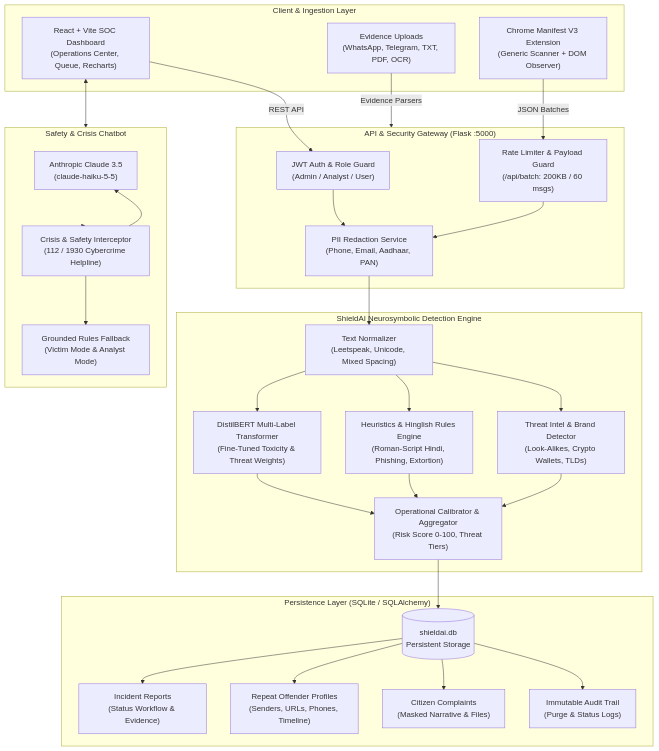
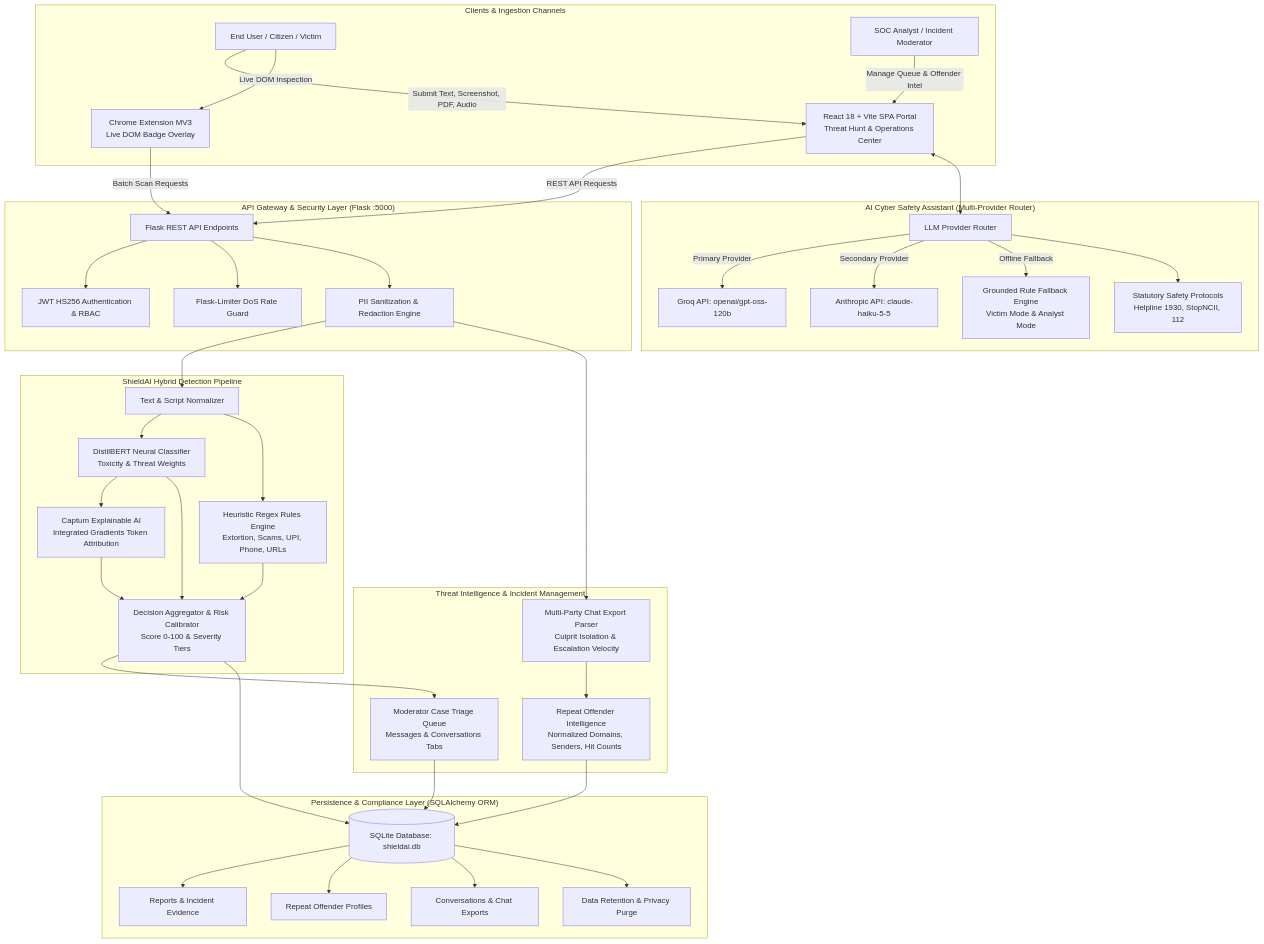
Before and after one commit to JayanthC6/online-harassment-detection: the diagram in README.md, drawn with Mermaid. The commit also changed other lines of this file and 6 other files, not shown here.

Commit message:
docs: add master viva defense guide, modernize architecture and ER diagrams, and update README

````diff
--- a/README.md
+++ b/README.md
@@ -90,63 +120,84 @@
 ```mermaid
 flowchart TD
-    subgraph Client_Layer["Client & Ingestion Layer"]
-        EXT["Chrome Manifest V3 Extension\n(Generic Scanner + DOM Observer)"]
-        WEB["React + Vite SOC Dashboard\n(Operations Center, Queue, Recharts)"]
-        FILE["Evidence Uploads\n(WhatsApp, Telegram, TXT, PDF, OCR)"]
+    subgraph Clients["Clients & Ingestion Channels"]
+        User[End User / Citizen / Victim]
+        Admin[SOC Analyst / Incident Moderator]
+        ChromeExt[Chrome Extension MV3<br/>Live DOM Badge Overlay]
+        WebUI[React 18 + Vite SPA Portal<br/>Threat Hunt & Operations Center]
     end
 
-    subgraph API_Layer["API & Security Gateway (Flask :5000)"]
-        AUTH["JWT Auth & Role Guard\n(Admin / Analyst / User)"]
-        RATE["Rate Limiter & Payload Guard\n(/api/batch: 200KB / 60 msgs)"]
-        PII["PII Redaction Service\n(Phone, Email, Aadhaar, PAN)"]
+    subgraph BackendGateway["API Gateway & Security Layer (Flask :5000)"]
+        API[Flask REST API Endpoints]
+        Auth[JWT HS256 Authentication & RBAC]
+        Limiter[Flask-Limiter DoS Rate Guard]
+        PIIMask[PII Sanitization & Redaction Engine]
     end
 
-    subgraph Detection_Engine["ShieldAI Neurosymbolic Detection Engine"]
-        NORM["Text Normalizer\n(Leetspeak, Unicode, Mixed Spacing)"]
-        MODEL["DistilBERT Multi-Label Transformer\n(Fine-Tuned Toxicity & Threat Weights)"]
-        HEUR["Heuristics & Hinglish Rules Engine\n(Roman-Script Hindi, Phishing, Extortion)"]
-        INTEL["Threat Intel & Brand Detector\n(Look-Alikes, Crypto Wallets, TLDs)"]
-        CALIB["Operational Calibrator & Aggregator\n(Risk Score 0-100, Threat Tiers)"]
+    subgraph NeurosymbolicPipeline["ShieldAI Hybrid Detection Pipeline"]
+        TextNorm[Text & Script Normalizer]
+        DistilBERT[DistilBERT Neural Classifier<br/>Toxicity & Threat Weights]
+        Heuristics[Heuristic Regex Rules Engine<br/>Extortion, Scams, UPI, Phone, URLs]
+        CaptumXAI[Captum Explainable AI<br/>Integrated Gradients Token Attribution]
+        Fusion[Decision Aggregator & Risk Calibrator<br/>Score 0-100 & Severity Tiers]
     end
 
-    subgraph Storage_Layer["Persistence Layer (SQLite / SQLAlchemy)"]
-        DB[("shieldai.db\nPersistent Storage")]
-        REPORTS["Incident Reports\n(Status Workflow & Evidence)"]
-        OFFENDERS["Repeat Offender Profiles\n(Senders, URLs, Phones, Timeline)"]
-        COMPLAINTS["Citizen Complaints\n(Masked Narrative & Files)"]
-        AUDIT["Immutable Audit Trail\n(Purge & Status Logs)"]
+    subgraph IntelligenceCore["Threat Intelligence & Incident Management"]
+        ChatParser[Multi-Party Chat Export Parser<br/>Culprit Isolation & Escalation Velocity]
+        OffenderIntel[Repeat Offender Intelligence<br/>Normalized Domains, Senders, Hit Counts]
+        TriageQueue[Moderator Case Triage Queue<br/>Messages & Conversations Tabs]
     end
 
-    subgraph Assistant_Layer["Safety & Crisis Chatbot"]
-        CLAUDE["Anthropic Claude 3.5\n(claude-haiku-5-5)"]
-        OFFLINE["Grounded Rules Fallback\n(Victim Mode & Analyst Mode)"]
-        CRISIS["Crisis & Safety Interceptor\n(112 / 1930 Cybercrime Helpline)"]
+    subgraph SafetyAssistant["AI Cyber Safety Assistant (Multi-Provider Router)"]
+        Router[LLM Provider Router]
+        Groq[Groq API: openai/gpt-oss-120b]
+        Claude[Anthropic API: claude-haiku-5-5]
+        OfflineRules[Grounded Rule Fallback Engine<br/>Victim Mode & Analyst Mode]
+        StatutoryGuidance[Statutory Safety Protocols<br/>Helpline 1930, StopNCII, 112]
     end
 
-    EXT -->|JSON Batches| RATE
-    WEB -->|REST API| AUTH
-    FILE -->|Evidence Parsers| API_Layer
+    subgraph PersistenceLayer["Persistence & Compliance Layer (SQLAlchemy ORM)"]
+        SQLite[(SQLite Database: shieldai.db)]
+        ReportsTab[Reports & Incident Evidence]
+        OffendersTab[Repeat Offender Profiles]
+        ConversationsTab[Conversations & Chat Exports]
+        RetentionPurge[Data Retention & Privacy Purge]
+    end
 
-    AUTH --> PII
-    RATE --> PII
-    PII --> NORM
+    User -->|Submit Text, Screenshot, PDF, Audio| WebUI
+    Admin -->|Manage Queue & Offender Intel| WebUI
+    User -->|Live DOM Inspection| ChromeExt
+    
+    WebUI -->|REST API Requests| API
+    ChromeExt -->|Batch Scan Requests| API
+    
+    API --> Auth
+    API --> Limiter
+    API --> PIIMask
 
-    NORM --> MODEL
-    NORM --> HEUR
-    NORM --> INTEL
+    PIIMask --> TextNorm
+    TextNorm --> DistilBERT
+    TextNorm --> Heuristics
+    DistilBERT --> CaptumXAI
+    
+    DistilBERT --> Fusion
+    Heuristics --> Fusion
+    CaptumXAI --> Fusion
 
-    MODEL --> CALIB
-    HEUR --> CALIB
-    INTEL --> CALIB
+    PIIMask --> ChatParser
+    ChatParser --> OffenderIntel
+    Fusion --> TriageQueue
 
-    CALIB --> DB
-    DB --> REPORTS
-    DB --> OFFENDERS
-    DB --> COMPLAINTS
-    DB --> AUDIT
+    WebUI <--> Router
+    Router -->|Primary Provider| Groq
+    Router -->|Secondary Provider| Claude
+    Router -->|Offline Fallback| OfflineRules
+    Router --> StatutoryGuidance
 
-    WEB <--> Assistant_Layer
-    Assistant_Layer --> CRISIS
-    CRISIS --> CLAUDE
-    CRISIS --> OFFLINE
+    Fusion --> SQLite
+    OffenderIntel --> SQLite
+    TriageQueue --> SQLite
+    SQLite --> ReportsTab
+    SQLite --> OffendersTab
+    SQLite --> ConversationsTab
+    SQLite --> RetentionPurge
 ```
````
